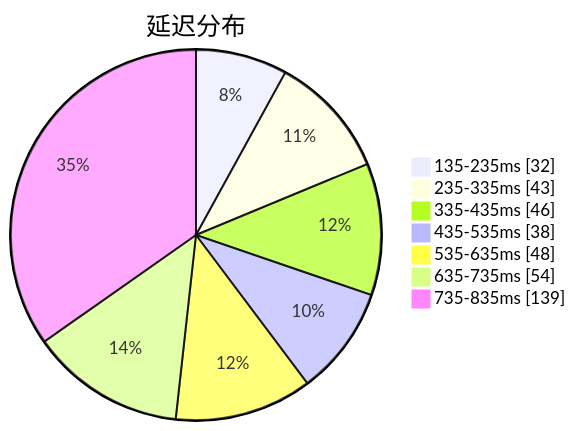
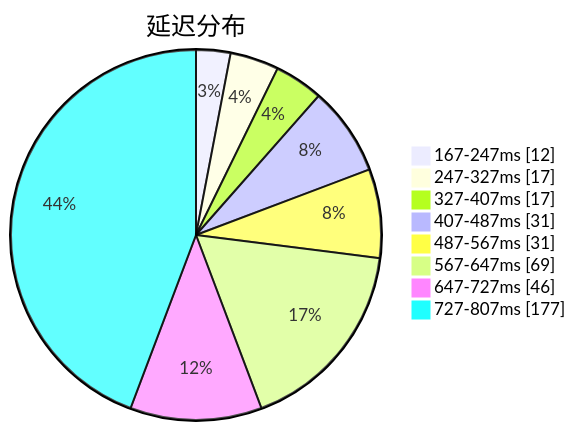
One commit to qjlxg/airport changed the first of 3 diagrams in subs/statistics/tested_within.md. Above: the diagram before and after it, drawn with Mermaid. The commit also changed other lines of this file and 2 other files, not shown here.

Commit message:
Tested by metaST

````diff
--- a/subs/statistics/tested_within.md
+++ b/subs/statistics/tested_within.md
@@ -2,11 +2,12 @@
 ```mermaid
 pie showData
 title 延迟分布
-"135-235ms" : 32
-"235-335ms" : 43
-"335-435ms" : 46
-"435-535ms" : 38
-"535-635ms" : 48
-"635-735ms" : 54
-"735-835ms" : 139
+"167-247ms" : 12
+"247-327ms" : 17
+"327-407ms" : 17
+"407-487ms" : 31
+"487-567ms" : 31
+"567-647ms" : 69
+"647-727ms" : 46
+"727-807ms" : 177
 ```
````
